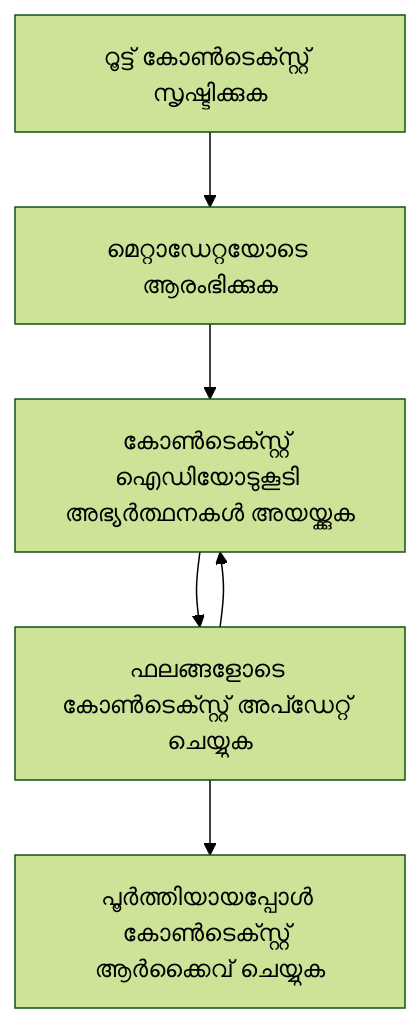
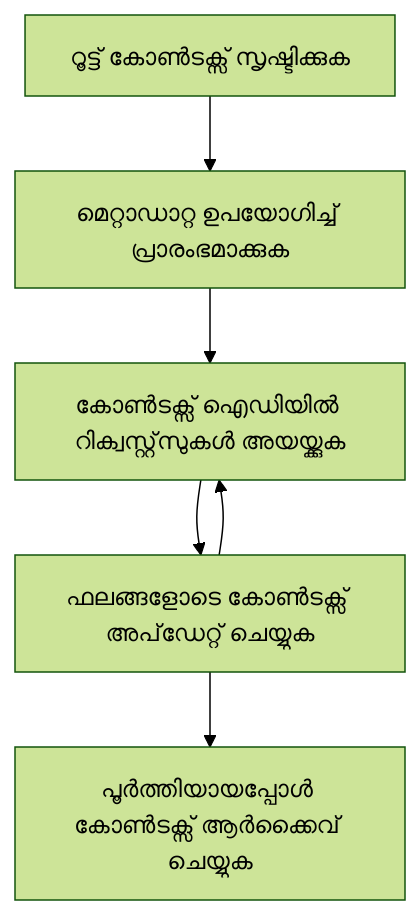
Before and after one commit to HIDORAKAI002/ai-workspace-archive: the diagram in mcp_ecosystem__model_context_protocol/mcp_learning_resources/mcp-for-beginners/translations/ml/05-AdvancedTopics/mcp-root-contexts/README.md, drawn with Mermaid (forest theme). The commit also changed other lines of this file and 5721 other files, not shown here.

````diff
--- a/mcp_ecosystem__model_context_protocol/mcp_learning_resources/mcp-for-beginners/translations/ml/05-AdvancedTopics/mcp-root-contexts/README.md
+++ b/mcp_ecosystem__model_context_protocol/mcp_learning_resources/mcp-for-beginners/translations/ml/05-AdvancedTopics/mcp-root-contexts/README.md
@@ -37,8 +41,8 @@
 ```mermaid
 flowchart TD
-    A[റൂട്ട് കോൺടെക്സ്റ്റ് സൃഷ്ടിക്കുക] --> B[മെറ്റാഡേറ്റയോടെ ആരംഭിക്കുക]
-    B --> C[കോൺടെക്സ്റ്റ് ഐഡിയോടുകൂടി അഭ്യർത്ഥനകൾ അയയ്ക്കുക]
-    C --> D[ഫലങ്ങളോടെ കോൺടെക്സ്റ്റ് അപ്ഡേറ്റ് ചെയ്യുക]
+    A[റൂട്ട് കോൺടക്സ് സൃഷ്ടിക്കുക] --> B[മെറ്റാഡാറ്റ ഉപയോഗിച്ച് പ്രാരംഭമാക്കുക]
+    B --> C[കോൺടക്സ് ഐഡിയിൽ റിക്വസ്റ്റ്‌സുകൾ അയയ്ക്കുക]
+    C --> D[ഫലങ്ങളോടെ കോൺടക്സ് അപ്‌ഡേറ്റ് ചെയ്യുക]
     D --> C
-    D --> E[പൂർത്തിയായപ്പോൾ കോൺടെക്സ്റ്റ് ആർക്കൈവ് ചെയ്യുക]
+    D --> E[പൂർത്തിയായപ്പോൾ കോൺടക്സ് ആർക്കൈവ് ചെയ്യുക]
 ```
````
